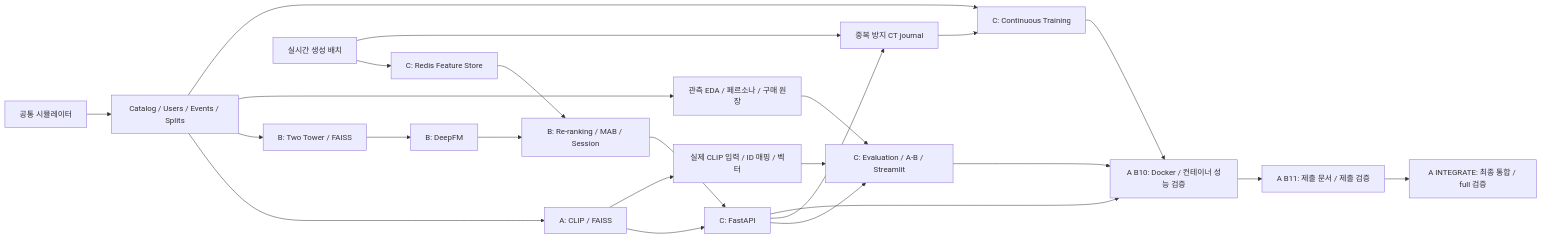
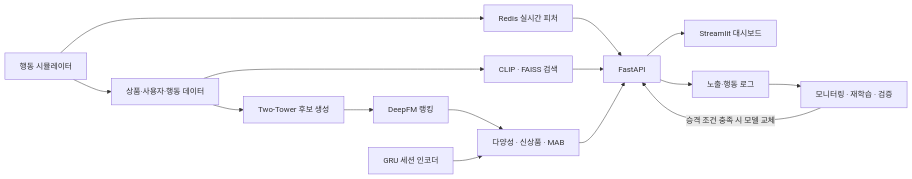
The diagram in README.md (k-pang-2026/mm-recsys), drawn with Mermaid before and after one commit. The commit also changed other lines of this file and 569 other files, not shown here.

First line of the commit message:
feat(integration): PDF 재현·리소스 리팩터링과 대시보드 표시 완성

````diff
--- a/README.md
+++ b/README.md
@@ -96,26 +25,17 @@
 ```mermaid
 flowchart LR
-  Simulator[공통 시뮬레이터] --> Dataset[Catalog / Users / Events / Splits]
-  Dataset --> Search[A: CLIP / FAISS]
-  Dataset --> Candidate[B: Two Tower / FAISS]
-  Candidate --> Ranking[B: DeepFM]
-  Ranking --> Rerank[B: Re-ranking / MAB / Session]
-  Store[C: Redis Feature Store] --> Rerank
-  Search --> API[C: FastAPI]
-  Rerank --> API
-  API --> Dashboard[C: Evaluation / A-B / Streamlit]
-  Dataset --> EDA[관측 EDA / 페르소나 / 구매 원장]
-  EDA --> Dashboard
-  Search --> CLIPData[실제 CLIP 입력 / ID 매핑 / 벡터]
-  CLIPData --> Dashboard
-  Live[실시간 생성 배치] --> Store
-  Live --> Journal[중복 방지 CT journal]
-  API --> Journal
-  Journal --> CT
-  Dataset --> CT[C: Continuous Training]
-  API --> Docker[A B10: Docker / 컨테이너 성능 검증]
-  Dashboard --> Docker
-  CT --> Docker
-  Docker --> Submission[A B11: 제출 문서 / 제출 검증]
-  Submission --> Integration[A INTEGRATE: 최종 통합 / full 검증]
+    Simulator[행동 시뮬레이터] --> Data[상품·사용자·행동 데이터]
+    Data --> Search[CLIP · FAISS 검색]
+    Data --> Candidate[Two-Tower 후보 생성]
+    Candidate --> Ranking[DeepFM 랭킹]
+    Ranking --> Reranking[다양성 · 신상품 · MAB]
+    Session[GRU 세션 인코더] --> Reranking
+    Simulator --> Redis[Redis 실시간 피처]
+    Redis --> API[FastAPI]
+    Search --> API
+    Reranking --> API
+    API --> Dashboard[Streamlit 대시보드]
+    API --> Journal[노출·행동 로그]
+    Journal --> CT[모니터링 · 재학습 · 검증]
+    CT -->|승격 조건 충족 시 모델 교체| API
 ```
````
